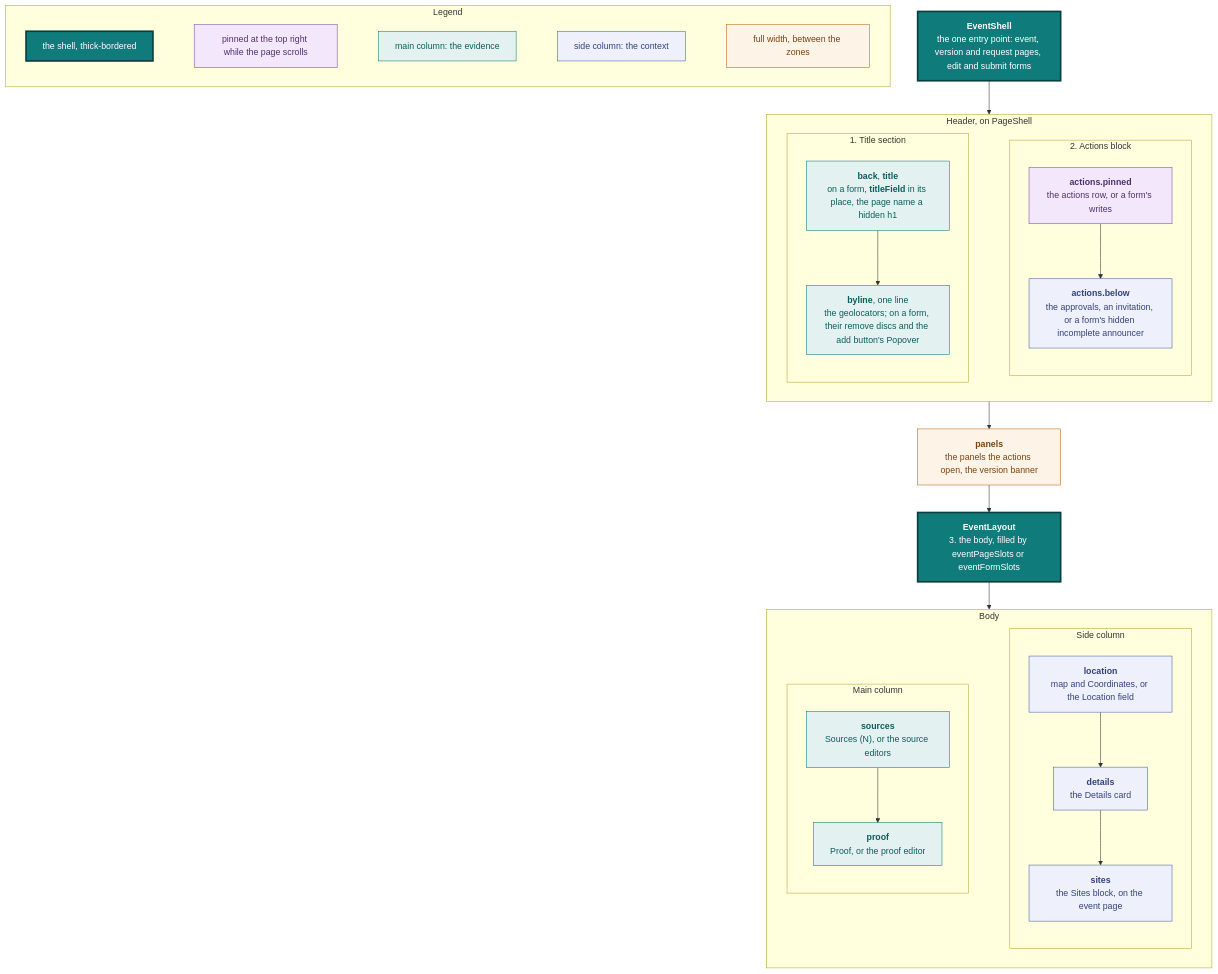
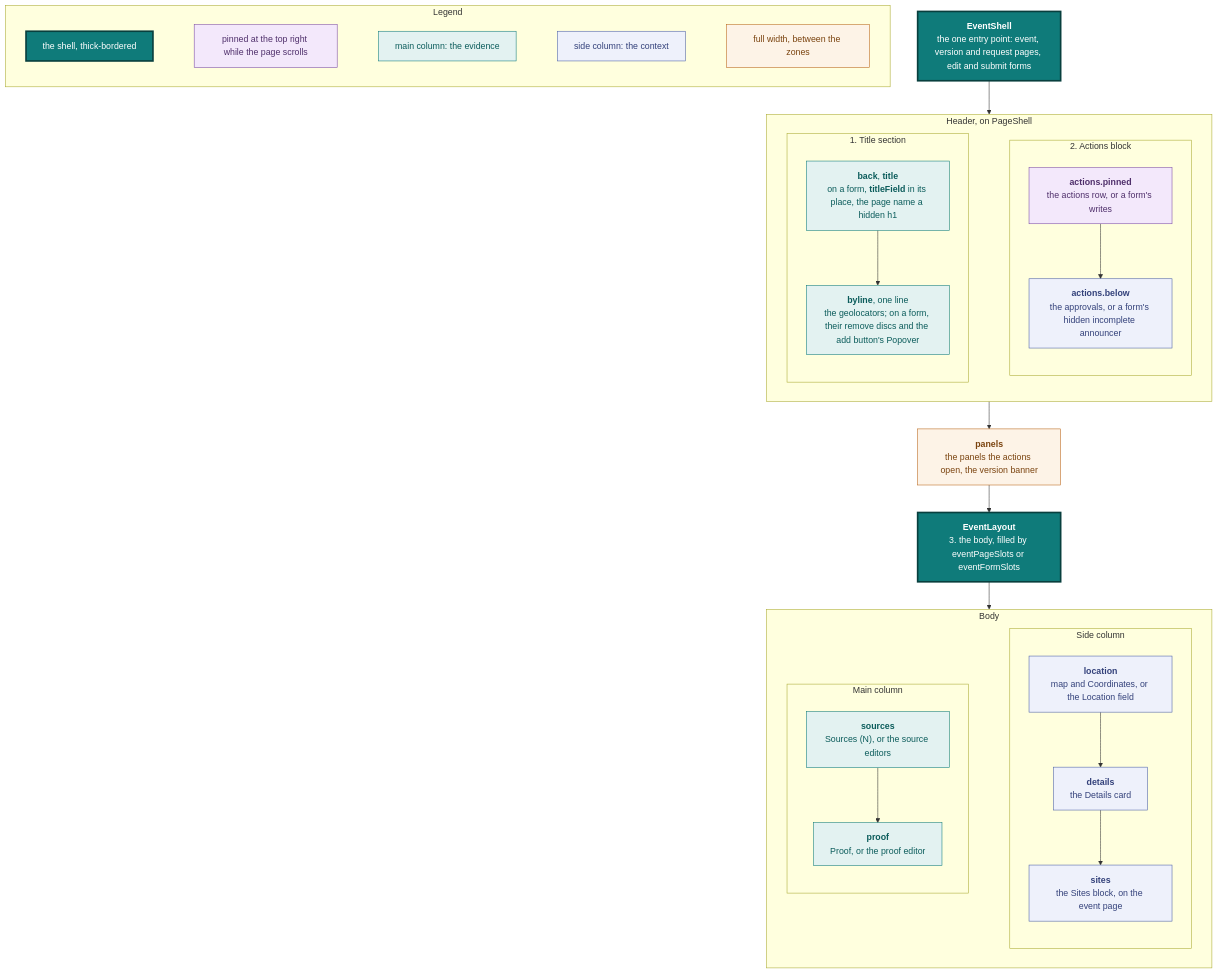
One commit to vidithq/vidit changed the eighth of 19 diagrams in docs/design.md. Above: the diagram before and after it, drawn with Mermaid. The commit also changed other lines of this file and 15 other files, not shown here.

````diff
--- a/docs/design.md
+++ b/docs/design.md
@@ -814,73 +814,73 @@
 ```mermaid
 flowchart TB
   classDef core fill:#0f7b7a,stroke:#083f3e,stroke-width:3px,color:#ffffff
   classDef pinned fill:#f3e8fb,stroke:#7a4aa5,color:#4f2f6b
   classDef shared fill:#e3f2f1,stroke:#0f7b7a,color:#0b5c5b
   classDef spec fill:#eef1fb,stroke:#4a5fa5,color:#33417a
   classDef state fill:#fdf3e7,stroke:#b8661a,color:#7a430f
 
   subgraph legend [Legend]
     direction LR
     l1["`the shell, thick-bordered`"]:::core
     l5["`pinned at the top right while the page scrolls`"]:::pinned
     l2["`main column: the evidence`"]:::shared
     l3["`side column: the context`"]:::spec
     l4["`full width, between the zones`"]:::state
     l1 ~~~ l5 ~~~ l2 ~~~ l3 ~~~ l4
   end
 
   shell["`**EventShell**
   the one entry point: event, version and request pages, edit and submit forms`"]:::core
 
   subgraph top [Header, on PageShell]
     direction LR
     subgraph titlesection [1. Title section]
       direction TB
       heading["`**back**, **title**
       on a form, **titleField** in its place, the page name a hidden h1`"]:::shared
       byline["`**byline**, one line
       the geolocators; on a form, their remove discs and the add button's Popover`"]:::shared
       heading --> byline
     end
     subgraph actionsblock [2. Actions block]
       direction TB
       pinned["`**actions.pinned**
       the actions row, or a form's writes`"]:::pinned
       under["`**actions.below**
-      the approvals, an invitation, or a form's hidden incomplete announcer`"]:::spec
+      the approvals, or a form's hidden incomplete announcer`"]:::spec
       pinned --> under
     end
     titlesection ~~~ actionsblock
   end
 
   between["`**panels**
   the panels the actions open, the version banner`"]:::state
 
   layout["`**EventLayout**
   3. the body, filled by eventPageSlots or eventFormSlots`"]:::core
 
   subgraph body [Body]
     direction LR
     subgraph main [Main column]
       direction TB
       sources["`**sources**
       Sources (N), or the source editors`"]:::shared
       proof["`**proof**
       Proof, or the proof editor`"]:::shared
       sources --> proof
     end
     subgraph side [Side column]
       direction TB
       location["`**location**
       map and Coordinates, or the Location field`"]:::spec
       details["`**details**
       the Details card`"]:::spec
       sites["`**sites**
       the Sites block, on the event page`"]:::spec
       location --> details --> sites
     end
     main ~~~ side
   end
 
   shell --> top --> between --> layout --> body
 ```
````
